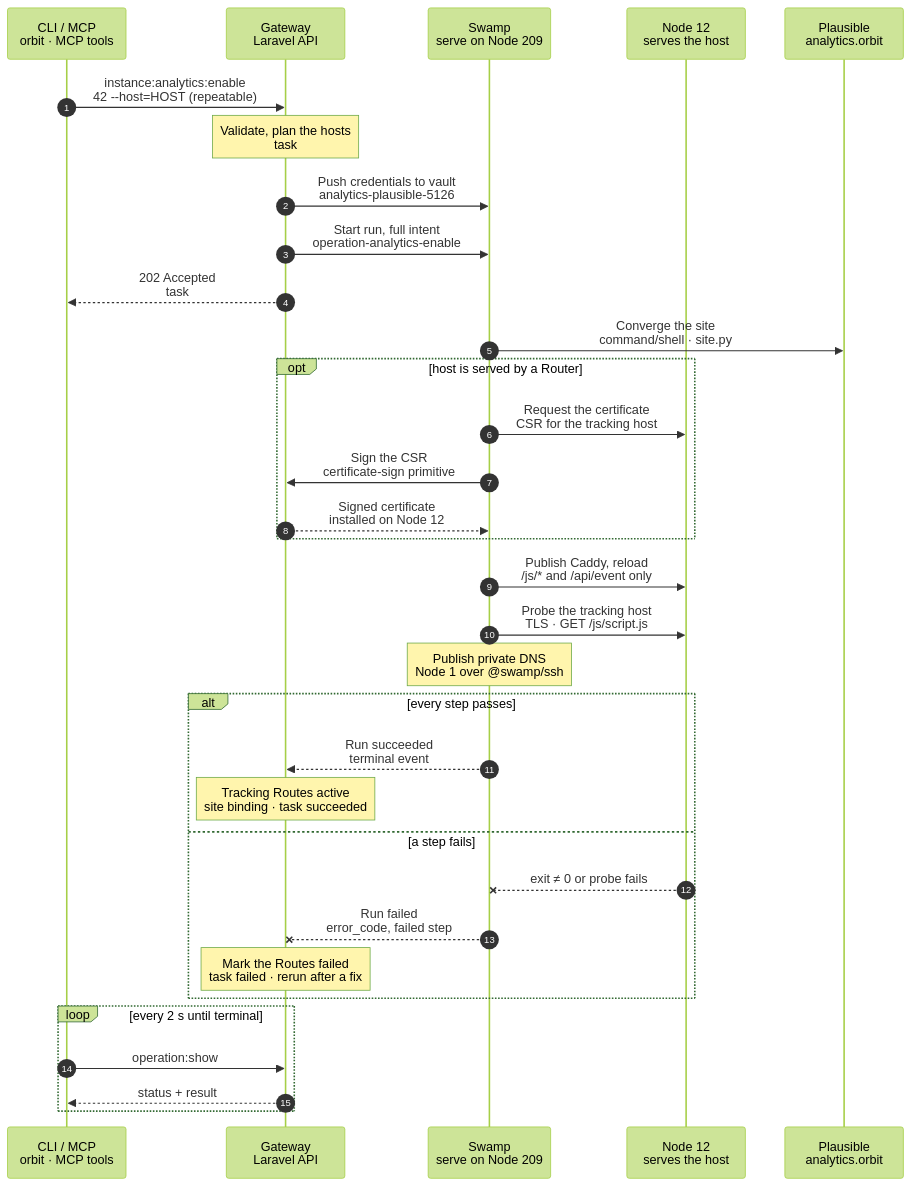
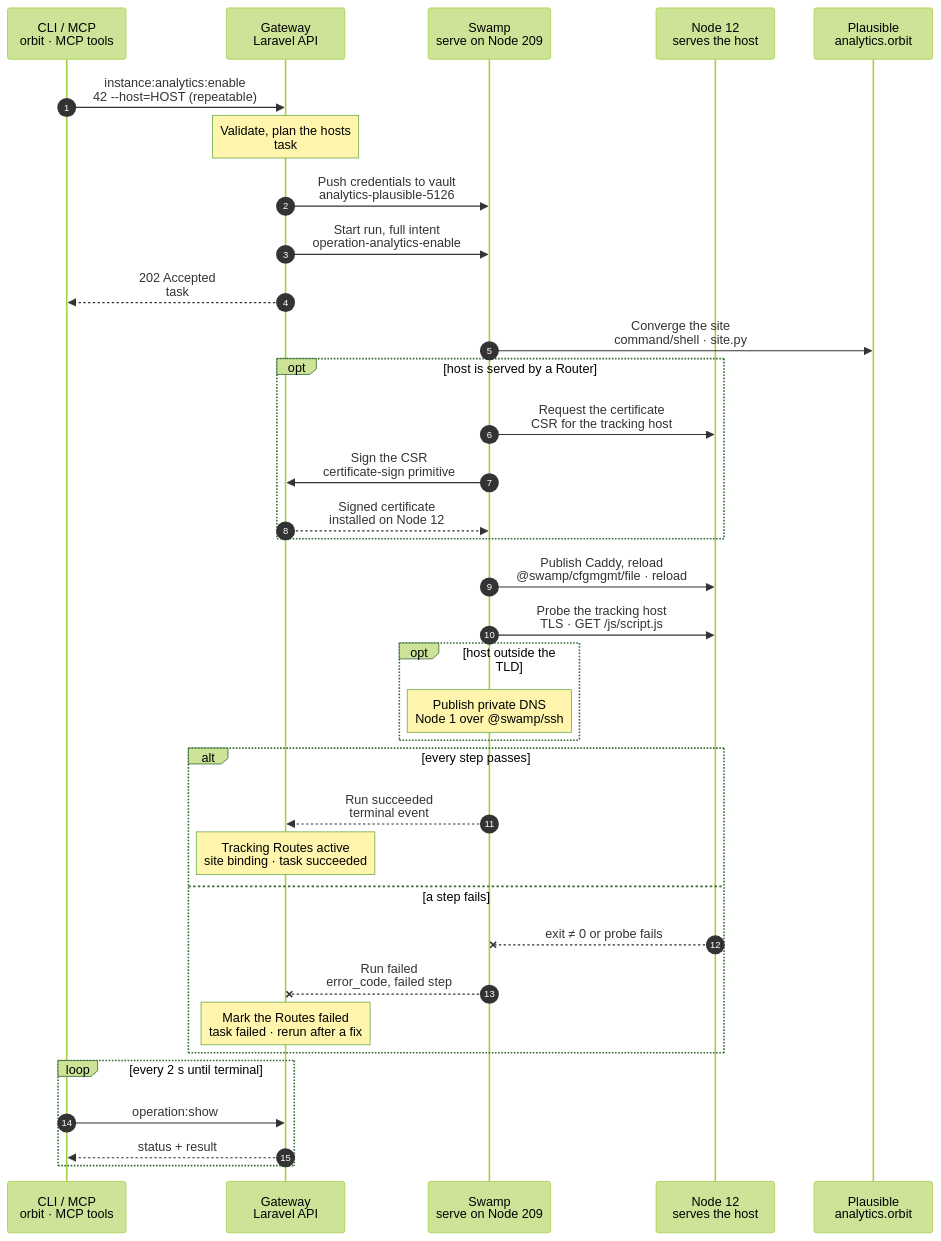
One commit to hardimpactdev/orbit changed the diagram in docs/cli/instance/analytics-enable.mmd. Above: the diagram before and after it, drawn with Mermaid (forest theme).

Commit message:
docs(cli): tighten analytics.enable chart

```diff
--- a/docs/cli/instance/analytics-enable.mmd
+++ b/docs/cli/instance/analytics-enable.mmd
@@ -1,122 +1,129 @@
 sequenceDiagram
   %% Target design: ADR 0244 task, Recall analytics-plausible-via-swamp, DECISIONS 1 (cert signing), R2-R4. docs/reference/analytics.md.
+  %% Tightened: flow-tighten 2026-11-02, rules 3, 22 (DNS only outside the TLD; cfgmgmt file for the Caddy sections).
   %% status: draft
   %% command: instance:analytics:enable
   %% kind: analytics.enable
   autonumber
   %% lane CLI icon=terminal pill=caller tone=gray
   %% lane GW icon=gateway pill=intent tone=blue
   %% lane SW icon=workflow pill=executes tone=green
   %% lane N icon=server pill=target tone=amber
   %% lane P icon=server pill=target tone=purple
   participant CLI as CLI / MCP<br/>orbit · MCP tools
   participant GW as Gateway<br/>Laravel API
   participant SW as Swamp<br/>serve on Node 209
   participant N as Node 12<br/>serves the host
   participant P as Plausible<br/>analytics.orbit
   CLI->>GW: instance:analytics:enable<br/>42 --host=HOST (repeatable)
   %%> Command:
   %%> - `orbit instance:analytics:enable 42 --host=stats.shop.example.com`
   %%> - syntax: `<instance> [--host=HOST]... [--json]`
   %%> Input:
   %%> - the Instance ID
   %%> - up to ten tracking hosts; without `--host`, `analytics.<instance domain>`
   %%> What it does:
   %%> - creates or updates the Instance's Plausible site, and publishes the tracking hosts
   %%> - sets the exact host set: hosts you leave out are removed
   Note over GW: Validate, plan the hosts<br/>task #5126 · Instance lock
   %%> Requirements:
   %%> - your Node has an access grant to Node 12
   %%> - a Node has the active `analytics` role (`analytics.role_missing`)
   %%> - Instance 42 serves a domain (`analytics.domain_required`)
   %%> - no other Route owns a named host (`analytics.host_taken`)
   %%> - no other analytics or Route change runs for Instance 42; the Gateway holds one lock
   %%> Builds:
   %%> - the site domain (the Instance's own domain), timezone and goals
   %%> - each host's tracking Route, copying the Node, Cluster and publication of the Instance's Route
   %%> - the Caddy sites, certificate requests and before state
   %%> Result:
   %%> - tracking Routes recorded as provisioning; task #5126 recorded with the full intent
   GW->>SW: Push credentials to vault<br/>analytics-plausible-5126
   %%> What it does:
   %%> - writes the Plausible login to the Swamp vault after commit (R3)
   %%> Why:
   %%> - the workflow gets only the vault key name, never the value
   GW->>SW: Start run, full intent<br/>operation-analytics-enable
   %%> What it does:
   %%> - starts one Swamp run on serve (Node 209)
   %%> Inputs:
   %%> - the site, goals, hosts, Caddy sites and certificate requests
   %%> - Node 12's address and SSH host keys; the SSH identity comes from the `swamp` role
   GW-->>CLI: 202 Accepted<br/>task #5126
   %%> What you get:
   %%> - the task number, at once
   %%> Next:
   %%> - the CLI follows the task with `operation:show`
   SW->>P: Converge the site<br/>command/shell · site.py
   %%> How:
   %%> - one shipped script logs in at `https://analytics.orbit` with the vault credentials
   %%> What it does:
   %%> - creates the site when it is missing, or updates it; never a duplicate
   %%> - sets the timezone and the requested goals, checks them, and logs out, also after a failure
   %%> Never:
   %%> - session cookies or tokens in outputs or files
   opt host is served by a Router
     SW->>N: Request the certificate<br/>CSR for the tracking host
     %%> When:
     %%> - only when Instance 42's Route is Cluster-scoped; then Node 12 is the Router
     %%> What it does:
     %%> - makes a key and a CSR on Node 12; the private key never leaves it
     %%> - public Ingress uses its own automatic public certificates
     SW->>GW: Sign the CSR<br/>certificate-sign primitive
     %%> Why a call to the Gateway:
     %%> - certificate signing is the one allowed step→Gateway call; the Orbit CA stays in the Gateway
     GW-->>SW: Signed certificate<br/>installed on Node 12
     %%> Returns:
     %%> - the signed certificate; Swamp installs it on Node 12
   end
-  SW->>N: Publish Caddy, reload<br/>/js/* and /api/event only
+  SW->>N: Publish Caddy, reload<br/>@swamp/cfgmgmt/file · reload
+  %%> How:
+  %%> - `@swamp/cfgmgmt/file` writes the tracking sections, which serve only `/js/*` and `/api/event`
   %%> What it does:
   %%> - adds a site per host that proxies only Plausible's script and event paths over WireGuard; every other path answers 404
   %%> - removes sites of hosts you left out; validates, then reloads Caddy without a restart
   SW->>N: Probe the tracking host<br/>TLS · GET /js/script.js
   %%> What it does:
   %%> - checks the host answers with a valid certificate and serves the script
+  opt host outside the TLD
   Note over SW: Publish private DNS<br/>Node 1 over @swamp/ssh
+  %%> When:
+  %%> - only for a tracking host outside the Cluster or Node TLD; private DNS answers the whole TLD, so a host inside it needs no record
   %%> What it does:
   %%> - publishes the hosts' private DNS records, waits the 31-second grace, then withdraws old placements
   %%> Not included:
   %%> - the public CNAME; `instance:analytics:show` names the record to create
   %%> How:
   %%> - over SSH from 209 to the VPN Node (Node 1), with the `swamp` role's key
+  end
   alt every step passes
     SW-->>GW: Run succeeded<br/>terminal event
     %%> How the Gateway learns it:
     %%> - its shared run reader sees the terminal event; Swamp never calls the Gateway
     Note over GW: Tracking Routes active<br/>site binding · task succeeded
     %%> Result:
     %%> - the tracking Routes become active; removed hosts' Routes are deleted
     %%> - the Plausible site binding is saved; task #5126 succeeds
   else a step fails
     N--xSW: exit ≠ 0 or probe fails
     %%> When:
     %%> - the Plausible call, a certificate, Caddy or the probe fails
     SW--xGW: Run failed<br/>error_code, failed step
     %%> The Gateway reads:
     %%> - which step failed and its public error code; never a Plausible response body
     Note over GW: Mark the Routes failed<br/>task failed · rerun after a fix
     %%> Result:
     %%> - the tracking Routes stay, marked failed; task #5126 fails
     %%> On the Node:
     %%> - a Plausible site already created stays; a rerun finds and reuses it
     %%> Retry:
     %%> - run the same command again; it converges the same site and hosts
   end
   loop every 2 s until terminal
     CLI->>GW: operation:show #5126
     %%> What it does:
     %%> - asks for the task's status every 2 seconds until it has ended
     GW-->>CLI: status + result
     %%> Returns:
     %%> - the current status, and the result once the task has ended
   end
```
